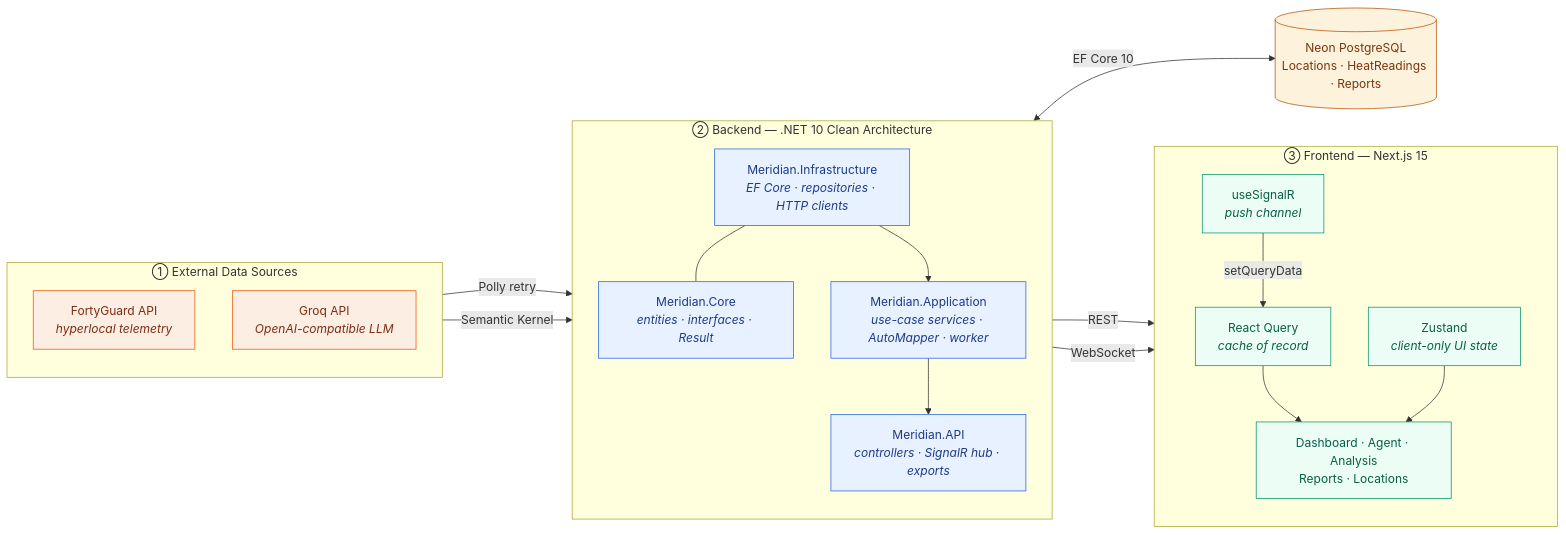
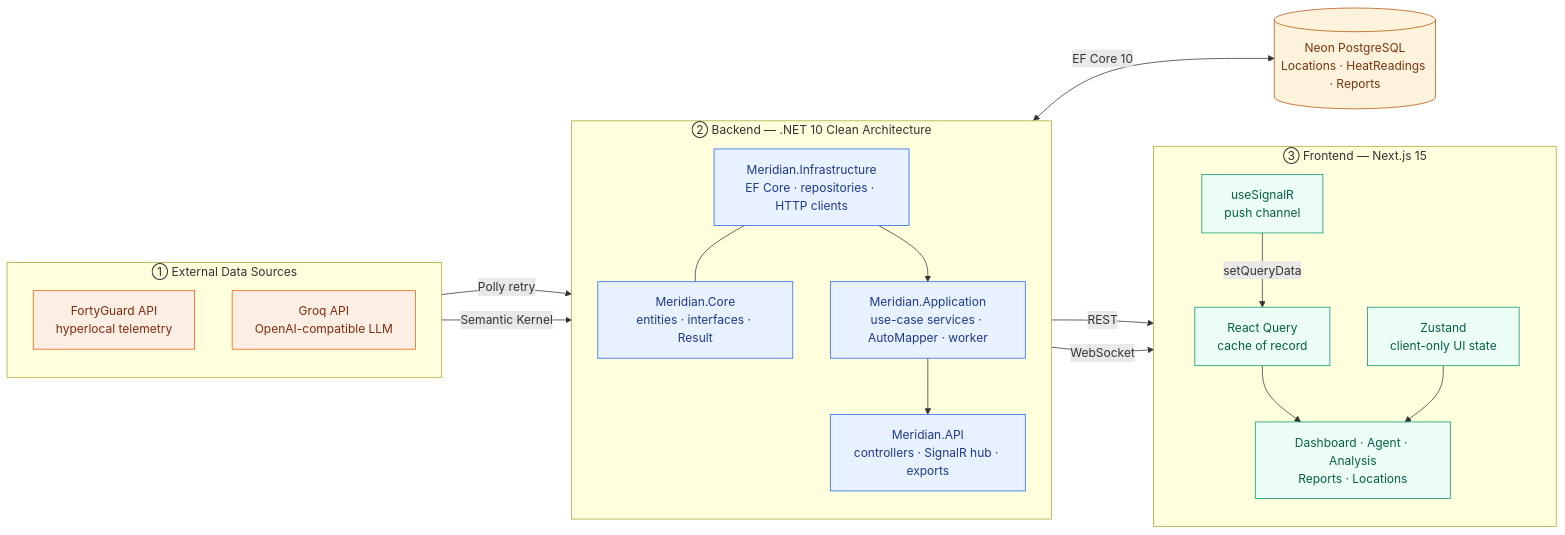
One commit to Nav33dCodes/meridian-hackathon changed the first of 4 diagrams in README.md. Above: the diagram before and after it, drawn with Mermaid. The commit also changed other lines of this file, not shown here.

Commit message:
docs: drop <i> tags from mermaid labels so GitHub renders the diagrams
GitHub's mermaid renderer rejects HTML tags other than <br/> inside
node labels, so the architecture and dependency diagrams fell back to
'Unable to render rich display'.

````diff
--- a/README.md
+++ b/README.md
@@ -60,46 +60,46 @@
 ```mermaid
 flowchart LR
     subgraph EXT["① External Data Sources"]
         direction TB
-        FG["FortyGuard API<br/><i>hyperlocal telemetry</i>"]
-        GROQ["Groq API<br/><i>OpenAI-compatible LLM</i>"]
+        FG["FortyGuard API<br/>hyperlocal telemetry"]
+        GROQ["Groq API<br/>OpenAI-compatible LLM"]
     end
 
     subgraph BE["② Backend — .NET 10 Clean Architecture"]
         direction TB
-        INFRA["Meridian.Infrastructure<br/><i>EF Core · repositories · HTTP clients</i>"]
-        APP["Meridian.Application<br/><i>use-case services · AutoMapper · worker</i>"]
-        API["Meridian.API<br/><i>controllers · SignalR hub · exports</i>"]
-        CORE["Meridian.Core<br/><i>entities · interfaces · Result</i>"]
+        INFRA["Meridian.Infrastructure<br/>EF Core · repositories · HTTP clients"]
+        APP["Meridian.Application<br/>use-case services · AutoMapper · worker"]
+        API["Meridian.API<br/>controllers · SignalR hub · exports"]
+        CORE["Meridian.Core<br/>entities · interfaces · Result"]
     end
 
     DB[("Neon PostgreSQL<br/>Locations · HeatReadings · Reports")]
 
     subgraph FE["③ Frontend — Next.js 15"]
         direction TB
-        SR["useSignalR<br/><i>push channel</i>"]
-        RQ["React Query<br/><i>cache of record</i>"]
-        ZU["Zustand<br/><i>client-only UI state</i>"]
+        SR["useSignalR<br/>push channel"]
+        RQ["React Query<br/>cache of record"]
+        ZU["Zustand<br/>client-only UI state"]
         UI["Dashboard · Agent · Analysis<br/>Reports · Locations"]
     end
 
     FG -->|"Polly retry"| INFRA
     GROQ -->|"Semantic Kernel"| INFRA
     INFRA --- CORE
     INFRA --> APP --> API
     INFRA <-->|"EF Core 10"| DB
     API -->|"REST"| RQ
     API -->|"WebSocket"| SR
     SR -->|"setQueryData"| RQ
     RQ --> UI
     ZU --> UI
 
     classDef ext fill:#FDEEE3,stroke:#EA580C,color:#7C2D12
     classDef be fill:#E7F1FF,stroke:#2563EB,color:#1E3A8A
     classDef fe fill:#ECFDF5,stroke:#059669,color:#065F46
     classDef db fill:#FDF3DC,stroke:#B45309,color:#78350F
     class FG,GROQ ext
     class API,APP,INFRA,CORE be
     class RQ,SR,UI,ZU fe
     class DB db
 ```
````
